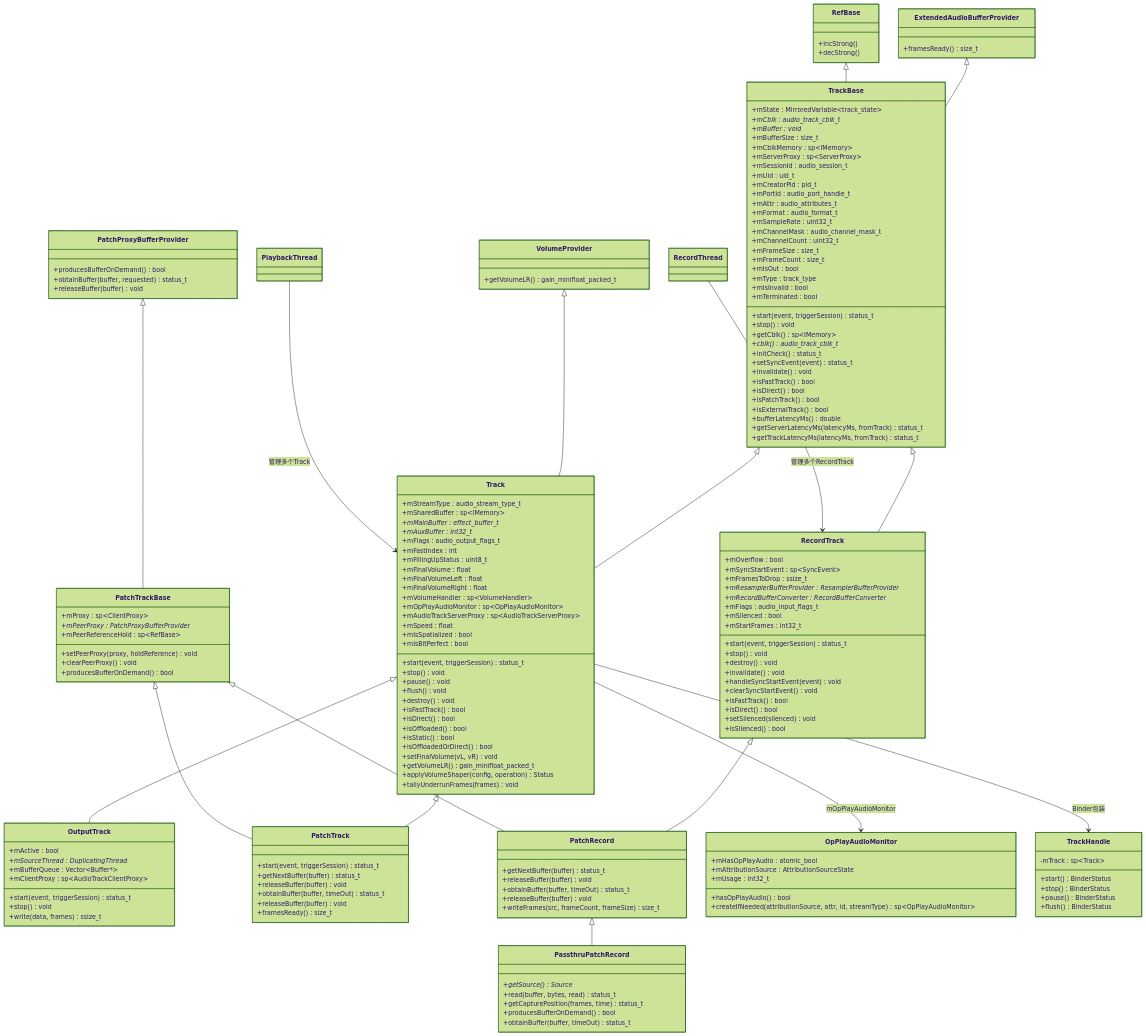
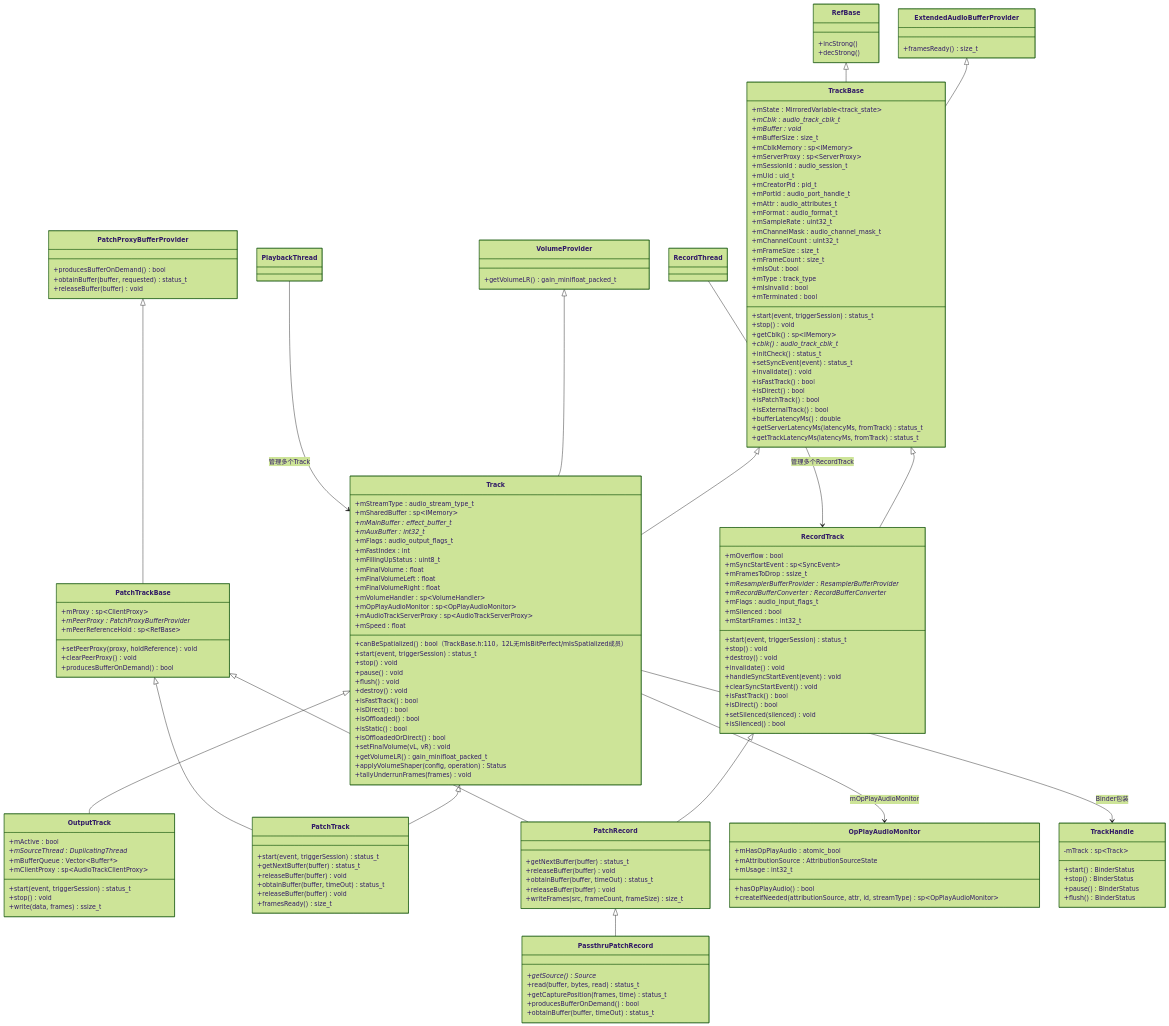
The first of 5 diagrams in 05_AudioFlinger/05_5.7_TrackRecord-音频流端点.md (yanglinzhen1022/SA8295_AAOS_QNX_Audio_KnowledgeBase), drawn with Mermaid (forest theme) before and after one commit. The commit also changed 9 other files, not shown here.

```diff
--- a/05_AudioFlinger/05_5.7_TrackRecord-音频流端点.md
+++ b/05_AudioFlinger/05_5.7_TrackRecord-音频流端点.md
@@ -70,8 +70,7 @@
         +mOpPlayAudioMonitor : sp~OpPlayAudioMonitor~
         +mAudioTrackServerProxy : sp~AudioTrackServerProxy~
         +mSpeed : float
-        +mIsSpatialized : bool
-        +mIsBitPerfect : bool
+        +canBeSpatialized() bool（TrackBase.h:110，12L无mIsBitPerfect/mIsSpatialized成员）
         +start(event, triggerSession) status_t
         +stop() void
         +pause() void
```
